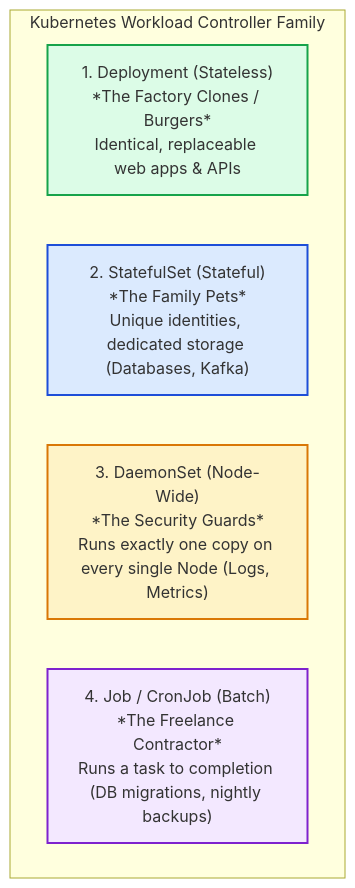
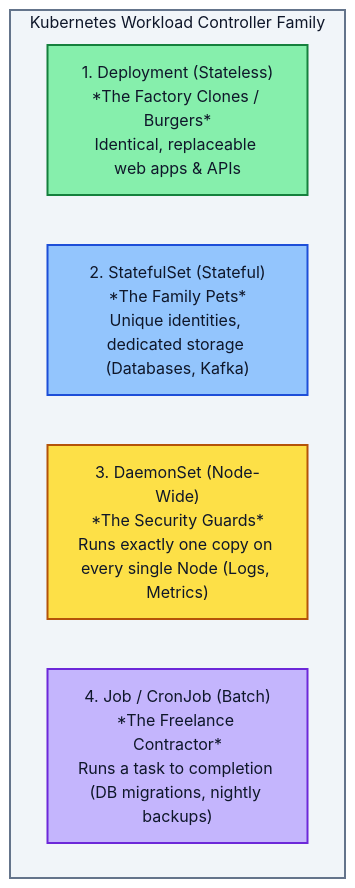
The first of 4 diagrams in 02-Kubernetes/02-Workloads-and-Scheduling.md (PandeyKishan/Study-Notes), drawn with Mermaid before and after one commit. The commit also changed other lines of this file and 22 other files, not shown here.

Commit message:
docs: enhance diagram visibility with high-contrast palette and add concise book definitions

````diff
--- a/02-Kubernetes/02-Workloads-and-Scheduling.md
+++ b/02-Kubernetes/02-Workloads-and-Scheduling.md
@@ -28,14 +28,15 @@
 ```mermaid
 flowchart TD
     subgraph Controllers["Kubernetes Workload Controller Family"]
         D["1. Deployment (Stateless)\n*The Factory Clones / Burgers*\nIdentical, replaceable web apps & APIs"]
         S["2. StatefulSet (Stateful)\n*The Family Pets*\nUnique identities, dedicated storage (Databases, Kafka)"]
         DS["3. DaemonSet (Node-Wide)\n*The Security Guards*\nRuns exactly one copy on every single Node (Logs, Metrics)"]
         J["4. Job / CronJob (Batch)\n*The Freelance Contractor*\nRuns a task to completion (DB migrations, nightly backups)"]
     end
 
-    style D fill:#dcfce7,stroke:#16a34a,stroke-width:2px
-    style S fill:#dbeafe,stroke:#1d4ed8,stroke-width:2px
-    style DS fill:#fef3c7,stroke:#d97706,stroke-width:2px
-    style J fill:#f3e8ff,stroke:#7e22ce,stroke-width:2px
+    style Controllers fill:#f1f5f9,stroke:#64748b,stroke-width:2px,color:#0f172a
+    style D fill:#86efac,stroke:#15803d,stroke-width:2px,color:#0f172a
+    style S fill:#93c5fd,stroke:#1d4ed8,stroke-width:2px,color:#0f172a
+    style DS fill:#fde047,stroke:#b45309,stroke-width:2px,color:#0f172a
+    style J fill:#c4b5fd,stroke:#6d28d9,stroke-width:2px,color:#0f172a
 ```
````
